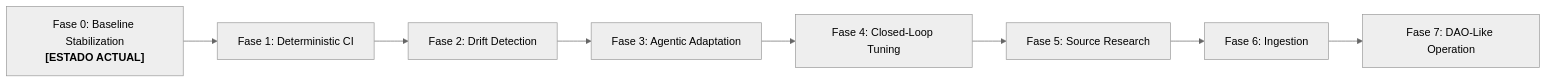
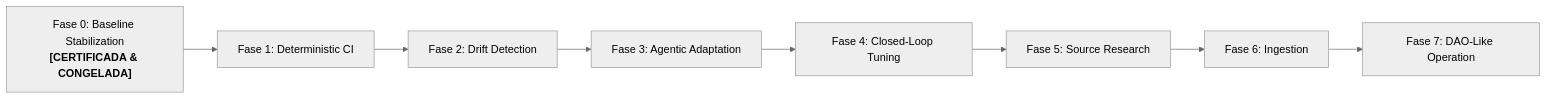
Before and after one commit to willkwolf/global-inequality-21Century: the second of 2 diagrams in README.md, drawn with Mermaid (neutral theme). The commit also changed other lines of this file, not shown here.

Commit message:
docs(readme): update root README with lean architecture, Phase 0 certification and OpenWiki index

````diff
--- a/README.md
+++ b/README.md
@@ -82,10 +76,10 @@
 ```mermaid
 graph LR
-    F0["Fase 0: Baseline Stabilization<br><b>[ESTADO ACTUAL]</b>"] --> F1["Fase 1: Deterministic CI"]
+    F0["Fase 0: Baseline Stabilization<br><b>[CERTIFICADA & CONGELADA]</b>"] --> F1["Fase 1: Deterministic CI"]
     F1 --> F2["Fase 2: Drift Detection"]
     F2 --> F3["Fase 3: Agentic Adaptation"]
     F3 --> F4["Fase 4: Closed-Loop Tuning"]
     F4 --> F5["Fase 5: Source Research"]
     F5 --> F6["Fase 6: Ingestion"]
     F6 --> F7["Fase 7: DAO-Like Operation"]
 ```
````
